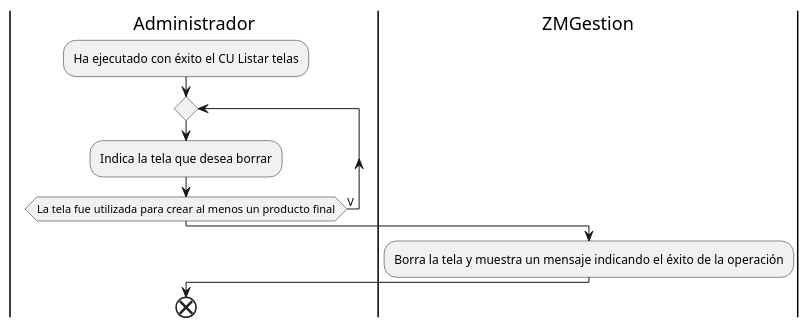
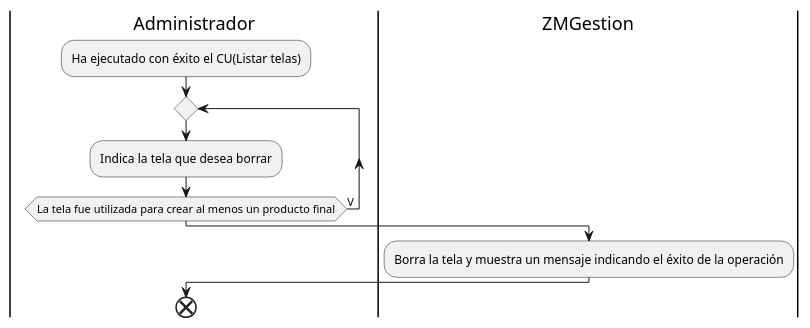
One commit to ZMGestion/DocumentacionZMGestion changed the third of 35 diagrams in DiagramasActividad/DiagramaDeActividad.puml. Above: the diagram before and after it, drawn with PlantUML. The commit also changed other lines of this file and 9 other files, not shown here.

```diff
--- a/DiagramasActividad/DiagramaDeActividad.puml
+++ b/DiagramasActividad/DiagramaDeActividad.puml
@@ -28,11 +28,11 @@
 @startuml borrarTela
 |Administrador|
-:Ha ejecutado con éxito el CU Listar telas;
+:Ha ejecutado con éxito el CU(Listar telas);
 repeat
 :Indica la tela que desea borrar;
 repeat while(La tela fue utilizada para crear al menos un producto final) is (V)
 |ZMGestion|
 :Borra la tela y muestra un mensaje indicando el éxito de la operación;
 |Administrador|
 end
 @enduml
```
